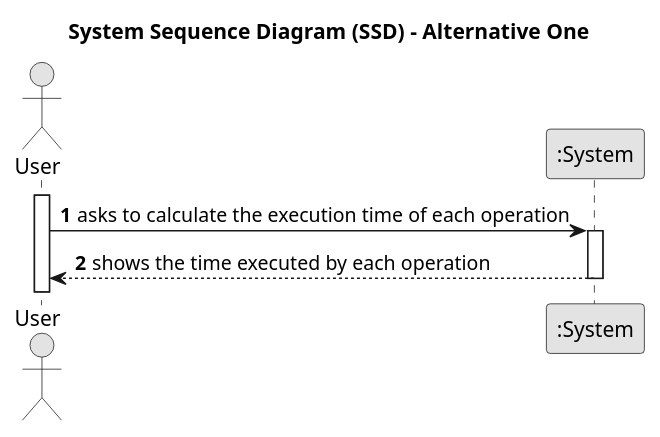
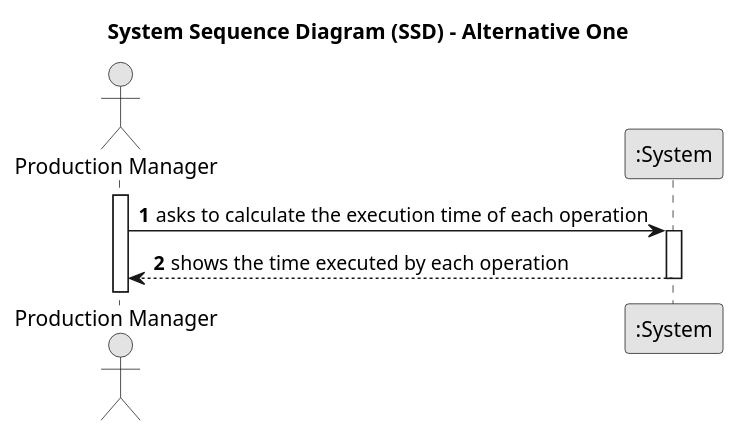
One commit to JorgeUbaldoR/sem3-25-pi-2024_25-G131 changed the diagram in documentation/sprint1/ESINF/usei04/01.requirements-engineering/puml/usei04-system-sequence-diagram-alternative-one.puml. Above: the diagram before and after it, drawn with PlantUML. The commit also changed 153 other files, not shown here.

```diff
--- a/documentation/sprint1/ESINF/usei04/01.requirements-engineering/puml/usei04-system-sequence-diagram-alternative-one.puml
+++ b/documentation/sprint1/ESINF/usei04/01.requirements-engineering/puml/usei04-system-sequence-diagram-alternative-one.puml
@@ -1,21 +1,21 @@
 @startuml
 skinparam monochrome true
 skinparam packageStyle rectangle
 skinparam shadowing false
 
 title System Sequence Diagram (SSD) - Alternative One
 
 autonumber
 
-actor "User" as Employee
+actor "Production Manager" as Employee
 participant ":System" as System
 
 activate Employee
 
     Employee -> System : asks to calculate the execution time of each operation
     activate System
 
         System --> Employee : shows the time executed by each operation
     deactivate System
 
 @enduml
```
